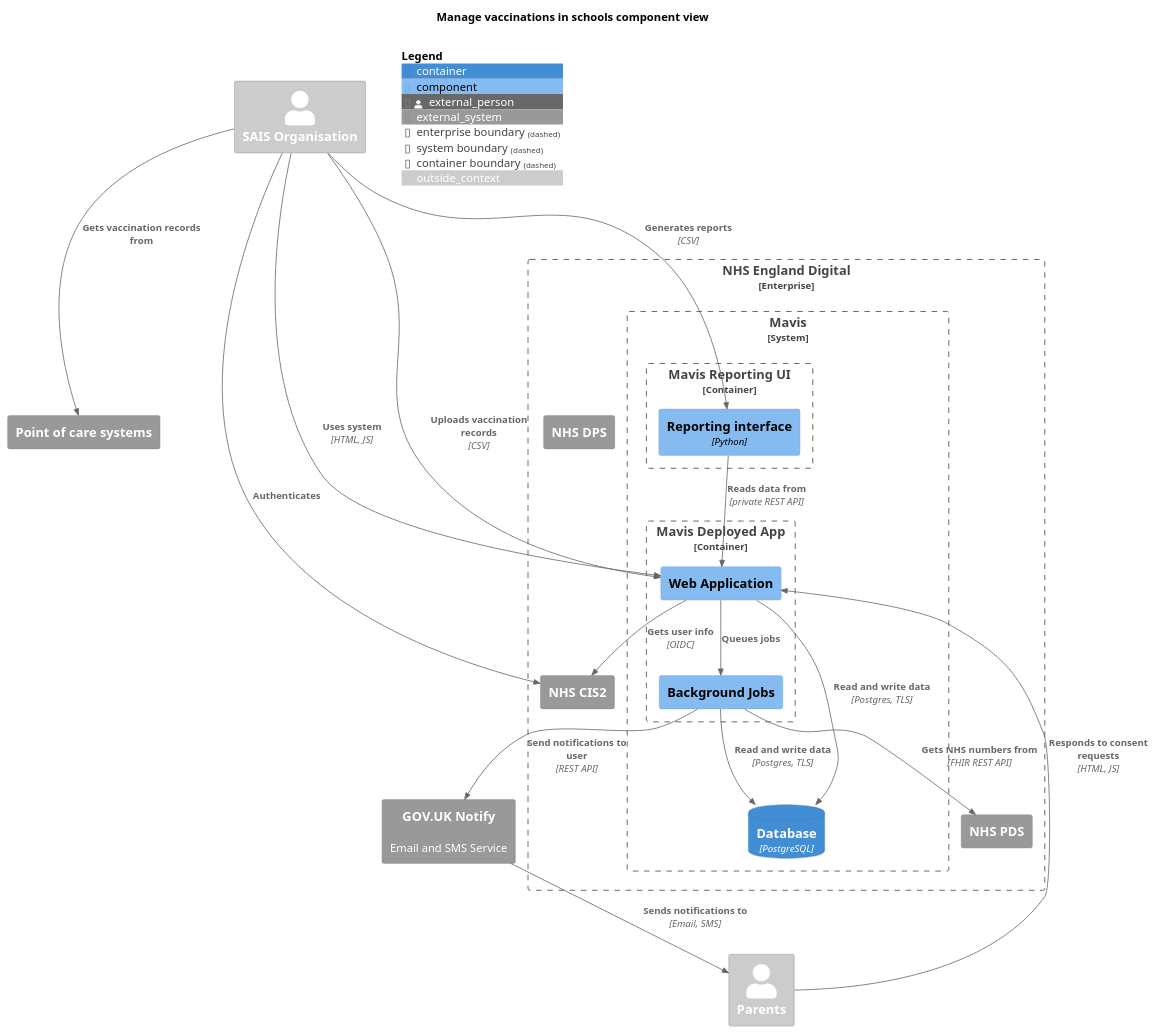
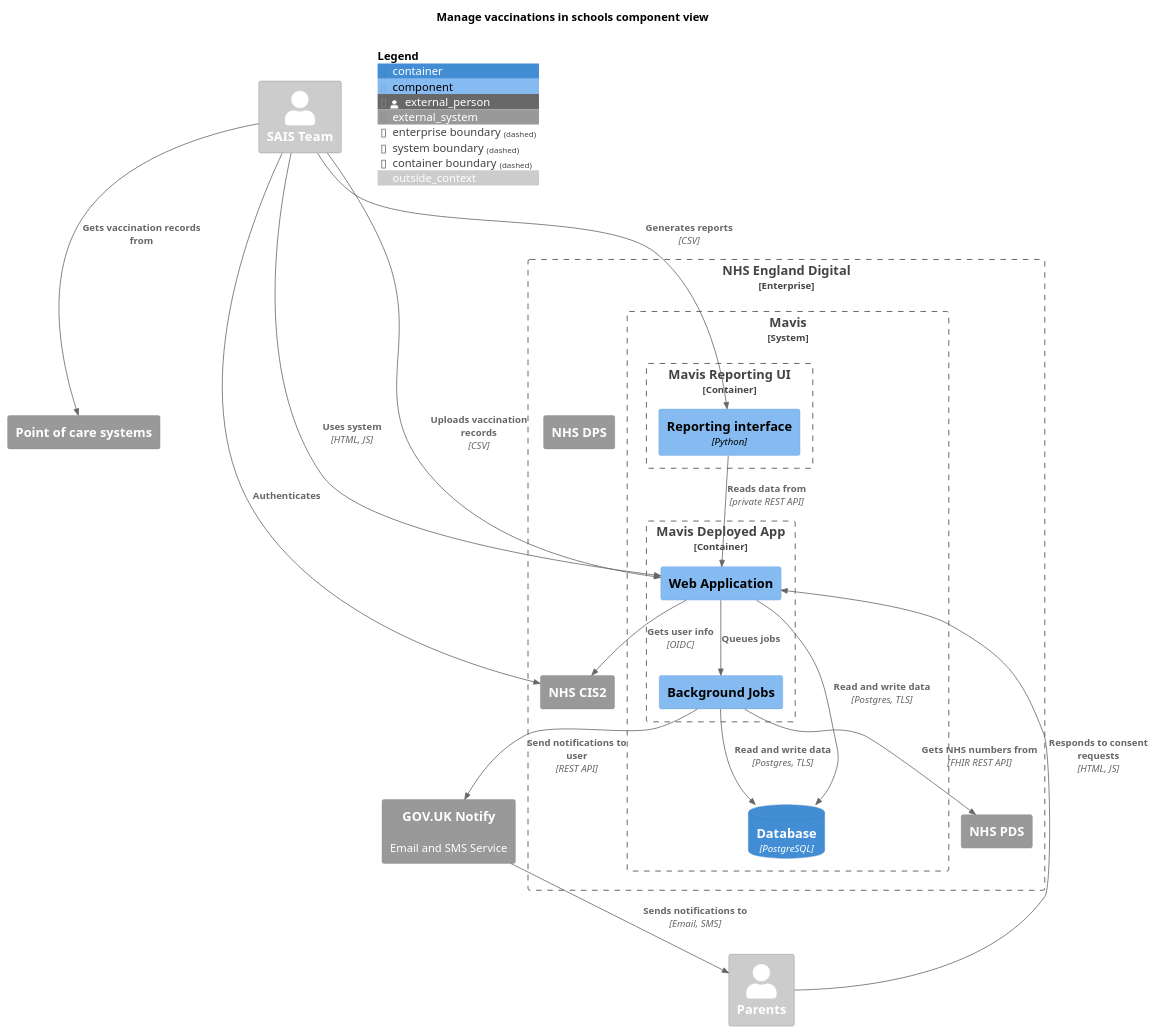
One commit to nhsuk/manage-vaccinations-in-schools changed the diagram in docs/diagrams/component-view.puml. Above: the diagram before and after it, drawn with PlantUML. The commit also changed 333 other files, not shown here.

First line of the commit message:
Rename Organisation to Team

```diff
--- a/docs/diagrams/component-view.puml
+++ b/docs/diagrams/component-view.puml
@@ -1,55 +1,55 @@
 @startuml
 
 !include <C4/C4_Component.puml>
 
 LAYOUT_TOP_DOWN()
 
 title "Manage vaccinations in schools component view"
 
 AddElementTag("outside_context", $bgColor="#CCC", $fontColor="#FFF")
 
-Person_Ext(sais, "SAIS Organisation", $tags="outside_context")
+Person_Ext(sais, "SAIS Team", $tags="outside_context")
 Person_Ext(parents, "Parents", $tags="outside_context")
 
 System_Ext(poc, "Point of care systems")
 
 Enterprise_Boundary(nhs, "NHS England Digital") {
   System_Boundary(mavis, "Mavis", "") {
     Container_Boundary(mavis_app, "Mavis Deployed App", "Ruby on Rails") {
       Component(webapp, "Web Application")
       Component(bgjobs, "Background Jobs")
     }
     Container_Boundary(mavis_reporting_app, "Mavis Reporting UI", Python) {
       Component(mavis_reporting, "Reporting interface", "Python")
     }
     ContainerDb(database, "Database", "PostgreSQL")
   }
 
   System_Ext(cis, "NHS CIS2")
   System_Ext(pds, "NHS PDS")
   System_Ext(dps, "NHS DPS")
 }
 System_Ext(notify, "GOV.UK Notify", "Email and SMS Service")
 
 
 AddRelTag("optional", $textColor="black", $lineColor="black", $lineStyle="dashed")
 
 Rel(sais, cis, "Authenticates")
 Rel(webapp, cis, "Gets user info", "OIDC")
 Rel(sais, webapp, "Uses system", "HTML, JS")
 Rel(sais, poc, "Gets vaccination records from")
 Rel(sais, webapp, "Uploads vaccination records", "CSV")
 Rel(sais, mavis_reporting, "Generates reports", "CSV")
 Rel(parents, webapp, "Responds to consent requests", "HTML, JS")
 Rel(webapp, database, "Read and write data", "Postgres, TLS")
 Rel(mavis_reporting, webapp, "Reads data from", "private REST API")
 Rel(webapp, bgjobs, "Queues jobs")
 Rel(bgjobs, database, "Read and write data", "Postgres, TLS")
 Rel(bgjobs, notify, "Send notifications to user", "REST API")
 Rel(notify, parents, "Sends notifications to", "Email, SMS")
 Rel(bgjobs, pds, "Gets NHS numbers from", "FHIR REST API")
 
 
 SHOW_FLOATING_LEGEND()
 
 @enduml
```
